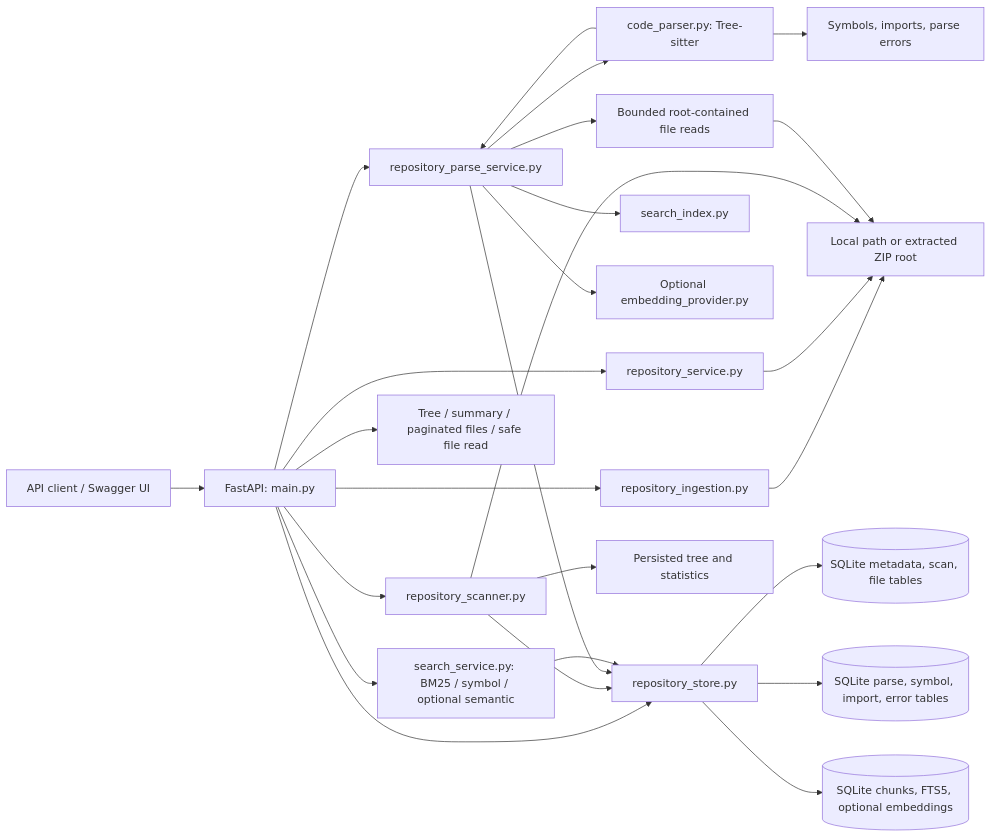
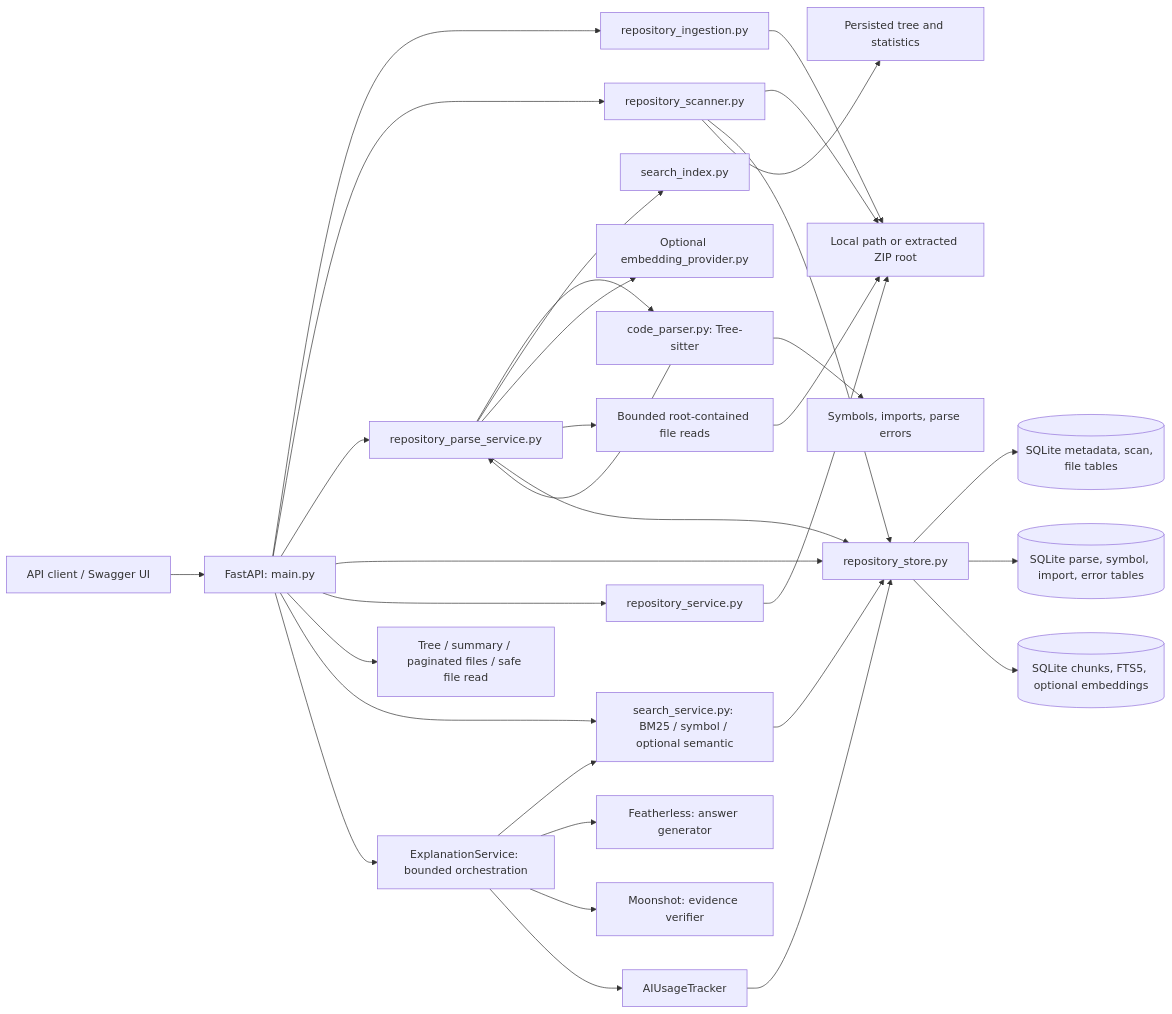
The diagram in ARCH.md (arpitvce/HFT26-TEAM-15), drawn with Mermaid before and after one commit. The commit also changed other lines of this file and 7 other files, not shown here.

````diff
--- a/ARCH.md
+++ b/ARCH.md
@@ -7,28 +7,34 @@
 ```mermaid
 flowchart LR
     Client[API client / Swagger UI] --> API[FastAPI: main.py]
     API --> Ingest[repository_ingestion.py]
     API --> Scanner[repository_scanner.py]
     API --> ParseService[repository_parse_service.py]
     ParseService --> Parser[code_parser.py: Tree-sitter]
     API --> Store[repository_store.py]
     ParseService --> Chunker[search_index.py]
     ParseService --> Embeddings[Optional embedding_provider.py]
     API --> Git[repository_service.py]
     Ingest --> Root[Local path or extracted ZIP root]
     Git --> Root
     Scanner --> Root
     Scanner --> Store
     ParseService --> SafeRead[Bounded root-contained file reads]
     SafeRead --> Root
     Parser --> ParseService
     ParseService --> Store
     Store --> DB[(SQLite metadata, scan, file tables)]
     Store --> ParseDB[(SQLite parse, symbol, import, error tables)]
     Store --> SearchDB[(SQLite chunks, FTS5, optional embeddings)]
     Scanner --> Tree[Persisted tree and statistics]
     Parser --> Symbols[Symbols, imports, parse errors]
     API --> Explorer[Tree / summary / paginated files / safe file read]
     API --> Retrieval[search_service.py: BM25 / symbol / optional semantic]
     Retrieval --> Store
+    API --> Explanation[ExplanationService: bounded orchestration]
+    Explanation --> Retrieval
+    Explanation --> Featherless[Featherless: answer generator]
+    Explanation --> Moonshot[Moonshot: evidence verifier]
+    Explanation --> Usage[AIUsageTracker]
+    Usage --> Store
 ```
````
